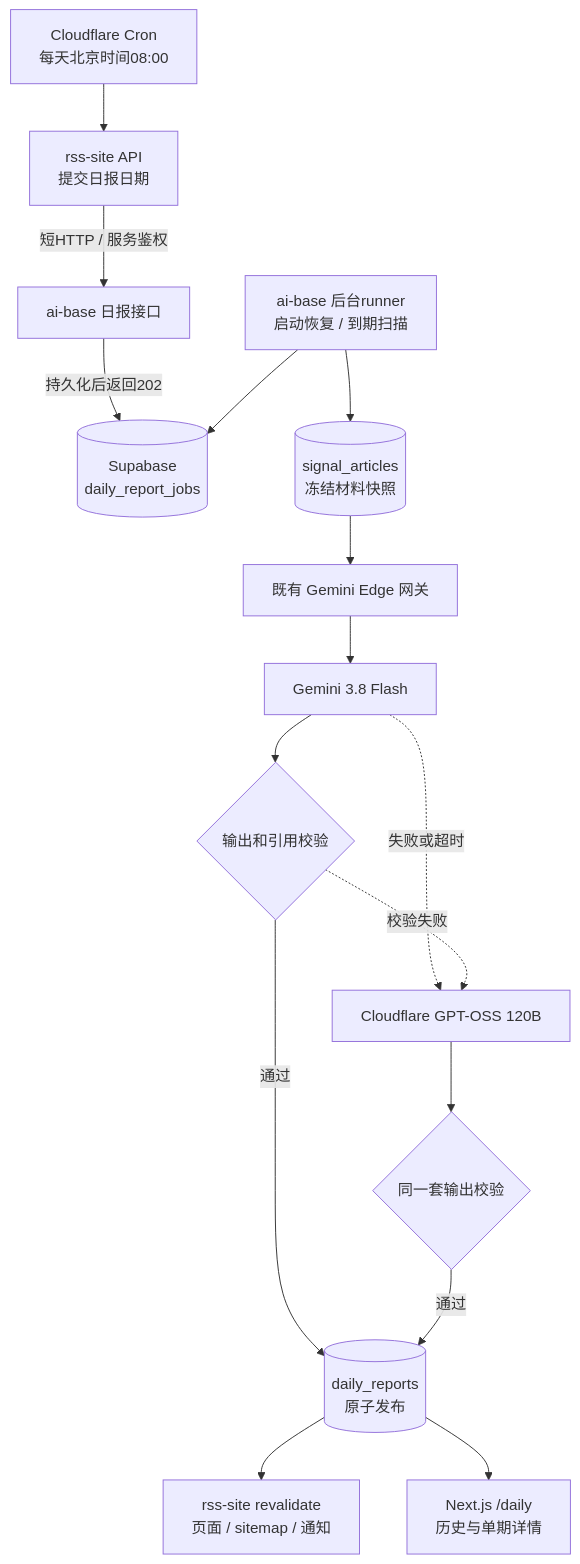
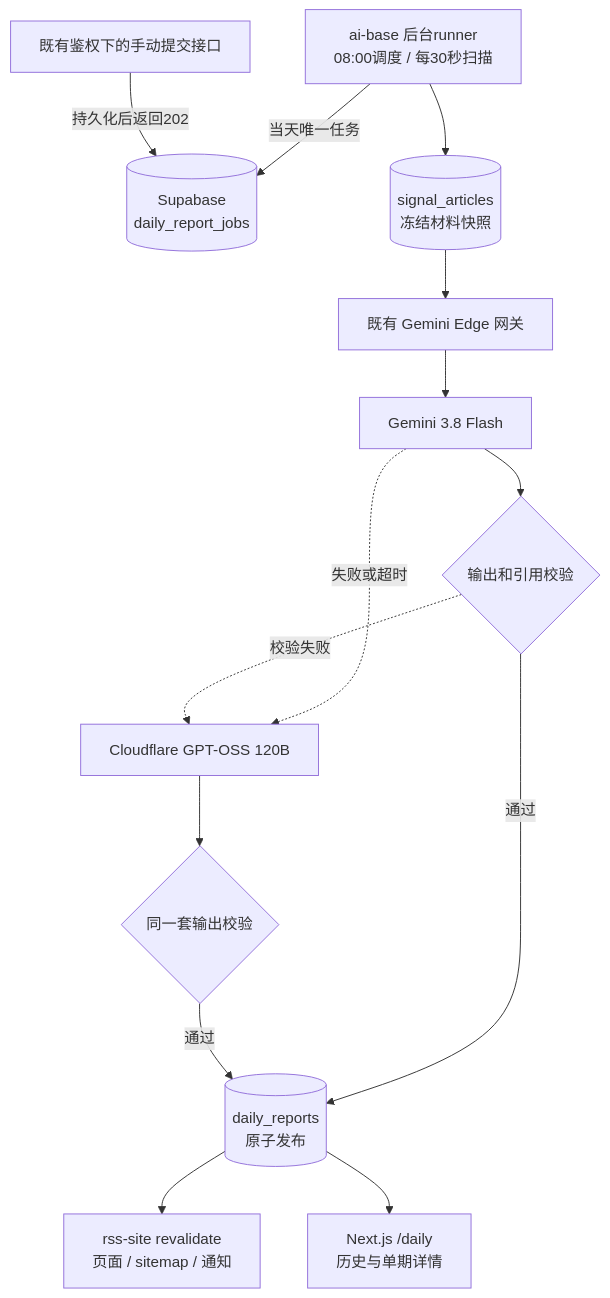
Before and after one commit to ljh12138164/rss-site: the diagram in docs/development/daily-report.md, drawn with Mermaid. The commit also changed other lines of this file and 8 other files, not shown here.

Commit message:
fix: remove daily report Worker credential dependency

````diff
--- a/docs/development/daily-report.md
+++ b/docs/development/daily-report.md
@@ -53,18 +54,16 @@
 ```mermaid
 flowchart TD
-    A[Cloudflare Cron<br/>每天北京时间08:00] --> B[rss-site API<br/>提交日报日期]
-    B -->|短HTTP / 服务鉴权| C[ai-base 日报接口]
-    C -->|持久化后返回202| D[(Supabase<br/>daily_report_jobs)]
-    E[ai-base 后台runner<br/>启动恢复 / 到期扫描] --> D
+    E[ai-base 后台runner<br/>08:00调度 / 每30秒扫描] -->|当天唯一任务| D[(Supabase<br/>daily_report_jobs)]
+    C[既有鉴权下的手动提交接口] -->|持久化后返回202| D
     E --> F[(signal_articles<br/>冻结材料快照)]
     F --> G[既有 Gemini Edge 网关]
     G --> H[Gemini 3.8 Flash]
     H --> I{输出和引用校验}
     H -.失败或超时.-> J[Cloudflare GPT-OSS 120B]
     I -.校验失败.-> J
     J --> K{同一套输出校验}
     I -->|通过| L[(daily_reports<br/>原子发布)]
     K -->|通过| L
     L --> M[rss-site revalidate<br/>页面 / sitemap / 通知]
     L --> N[Next.js /daily<br/>历史与单期详情]
 ```
````
